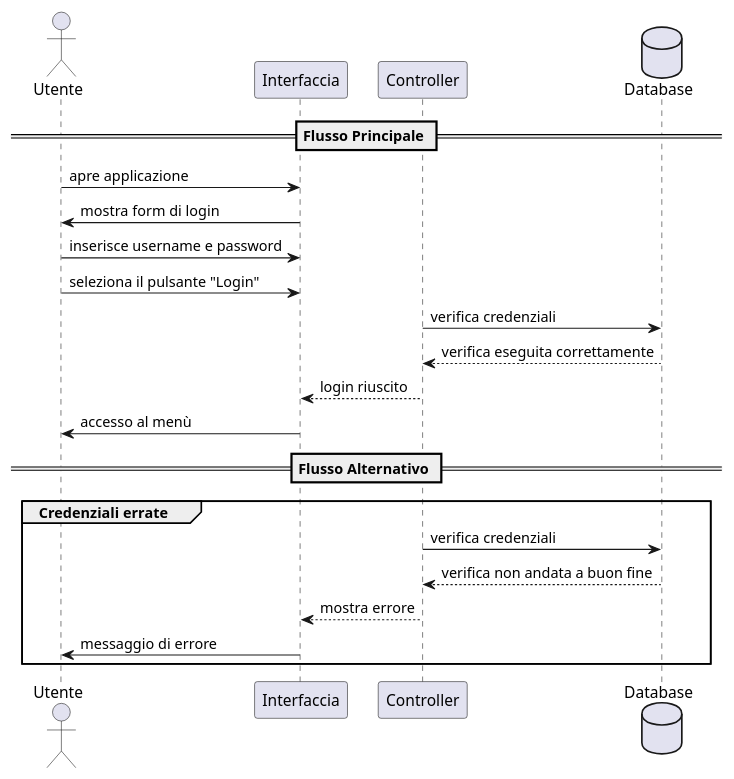
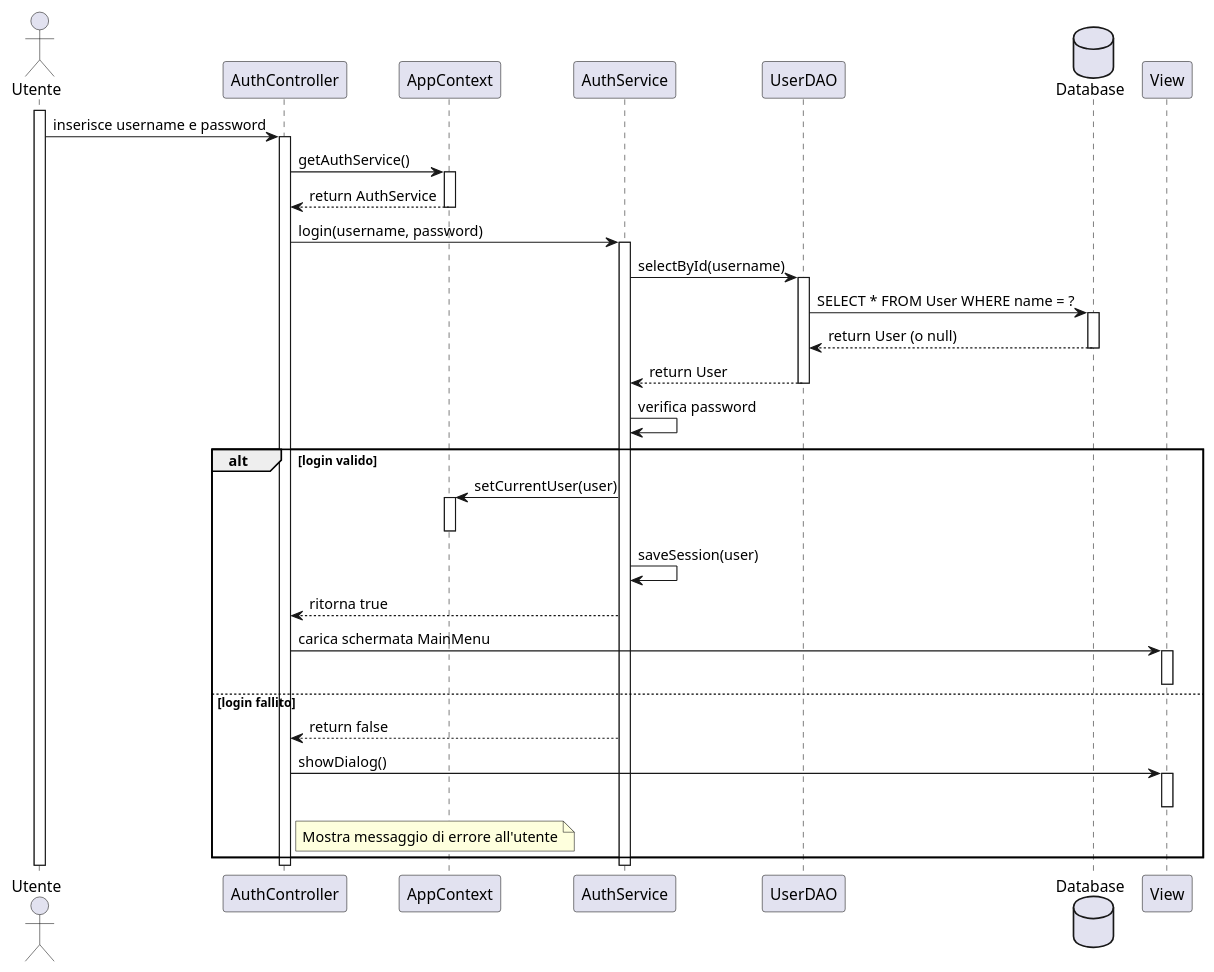
Before and after one commit to Bg735/Wordageddon-Gruppo_16: the diagram in docs/Diagrammi di Sequenza/login.puml, drawn with PlantUML.

```diff
--- a/docs/Diagrammi di Sequenza/login.puml
+++ b/docs/Diagrammi di Sequenza/login.puml
@@ -1,28 +1,58 @@
 @startuml
 actor Utente
+participant AuthController
+participant AppContext
+participant AuthService
+participant UserDAO
+database Database
+participant View
 
-participant "Interfaccia" as UI
-participant "Controller" as Controller
-database "Database" as DB
+activate Utente
+Utente -> AuthController : inserisce username e password
+activate AuthController
 
-== Flusso Principale ==
+AuthController -> AppContext : getAuthService()
+activate AppContext
+AppContext --> AuthController : return AuthService
+deactivate AppContext
 
-Utente -> UI : apre applicazione
-UI -> Utente : mostra form di login
-Utente -> UI : inserisce username e password
-Utente -> UI : seleziona il pulsante "Login"
+AuthController -> AuthService : login(username, password)
+activate AuthService
 
-Controller -> DB : verifica credenziali
-DB --> Controller : verifica eseguita correttamente
-Controller --> UI : login riuscito
-UI -> Utente : accesso al menù
-== Flusso Alternativo ==
+AuthService -> UserDAO : selectById(username)
+activate UserDAO
 
-group Credenziali errate
-Controller -> DB : verifica credenziali
-DB --> Controller : verifica non andata a buon fine
-Controller --> UI : mostra errore
-UI -> Utente : messaggio di errore
+UserDAO -> Database : SELECT * FROM User WHERE name = ?
+activate Database
+Database --> UserDAO : return User (o null)
+deactivate Database
+
+UserDAO --> AuthService : return User
+deactivate UserDAO
+
+AuthService -> AuthService : verifica password
+
+alt login valido
+
+    AuthService -> AppContext : setCurrentUser(user)
+    activate AppContext
+    deactivate AppContext
+    AuthService->AuthService: saveSession(user)
+    AuthService --> AuthController : ritorna true
+    AuthController -> View : carica schermata MainMenu
+    activate View
+    deactivate View
+else login fallito
+    AuthService --> AuthController : return false
+    AuthController -> View :  showDialog()
+    note right of AuthController
+        Mostra messaggio di errore all'utente
+    end note
+    activate View
+    deactivate View
 end
 
+deactivate AuthService
+deactivate AuthController
+deactivate Utente
 @enduml
```
